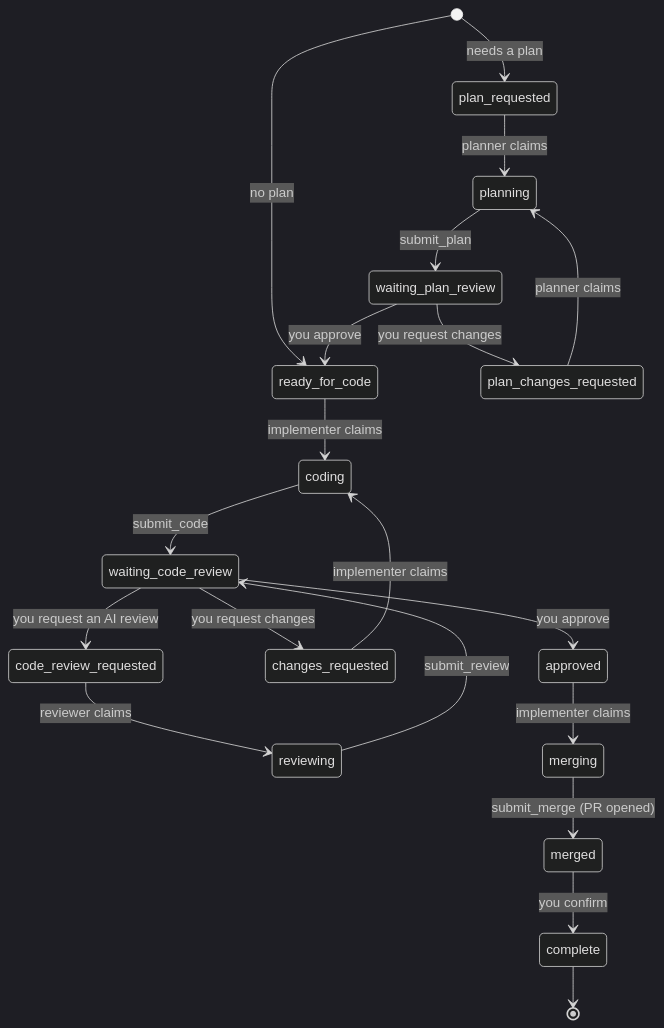
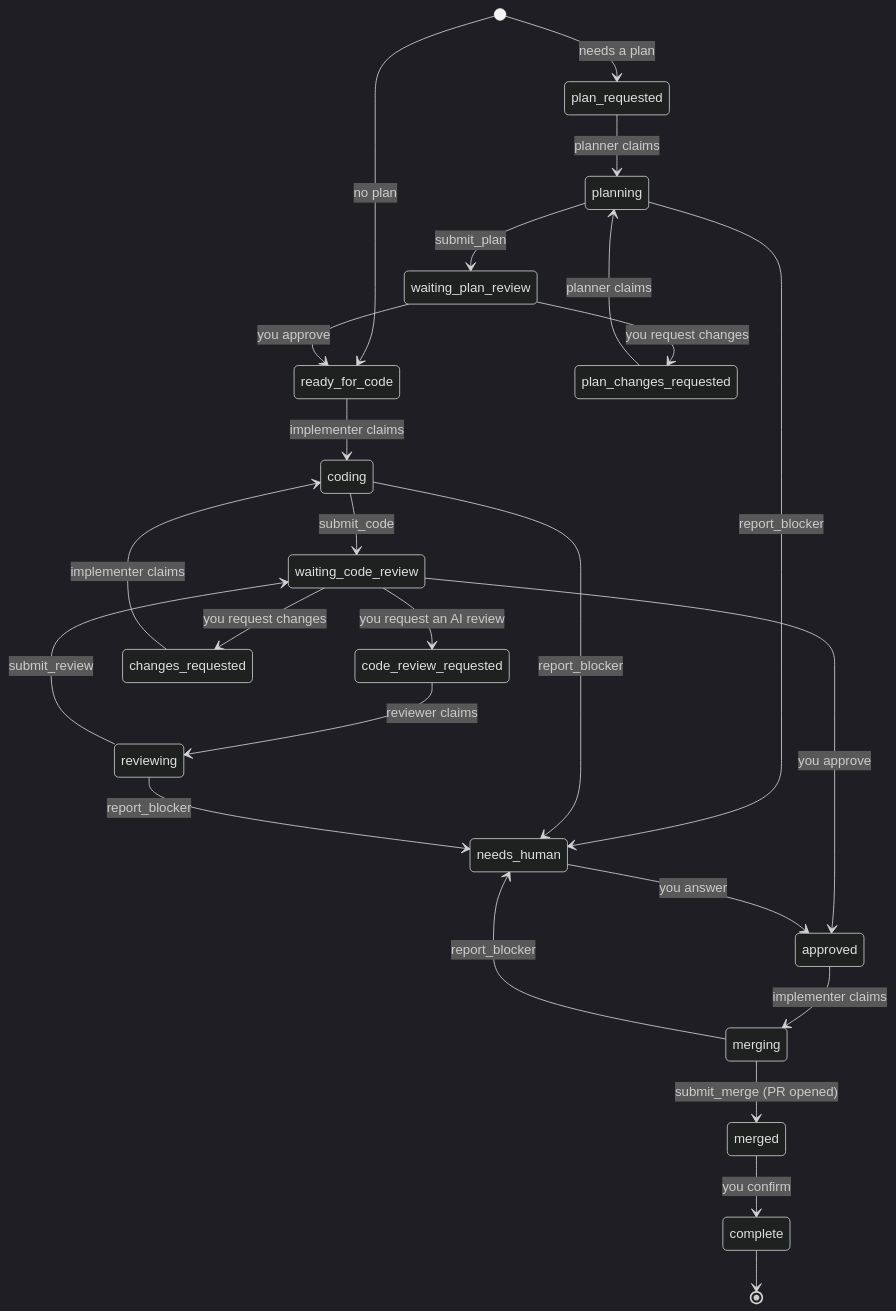
The second of 2 diagrams in README.md (sergiowero/agent-task-queue), drawn with Mermaid (dark theme) before and after one commit. The commit also changed other lines of this file and 51 other files, not shown here.

First line of the commit message:
feat(workflow): one state machine, claim tokens and needs_human (phase 0)

````diff
--- a/README.md
+++ b/README.md
@@ -151,22 +151,27 @@
 ```mermaid
 stateDiagram-v2
     [*] --> plan_requested: needs a plan
     [*] --> ready_for_code: no plan
     plan_requested --> planning: planner claims
     planning --> waiting_plan_review: submit_plan
     waiting_plan_review --> ready_for_code: you approve
     waiting_plan_review --> plan_changes_requested: you request changes
     plan_changes_requested --> planning: planner claims
     ready_for_code --> coding: implementer claims
     coding --> waiting_code_review: submit_code
     waiting_code_review --> code_review_requested: you request an AI review
     code_review_requested --> reviewing: reviewer claims
     reviewing --> waiting_code_review: submit_review
     waiting_code_review --> changes_requested: you request changes
     changes_requested --> coding: implementer claims
     waiting_code_review --> approved: you approve
     approved --> merging: implementer claims
     merging --> merged: submit_merge (PR opened)
     merged --> complete: you confirm
     complete --> [*]
+    planning --> needs_human: report_blocker
+    coding --> needs_human: report_blocker
+    reviewing --> needs_human: report_blocker
+    merging --> needs_human: report_blocker
+    needs_human --> approved: you answer
 ```
````
